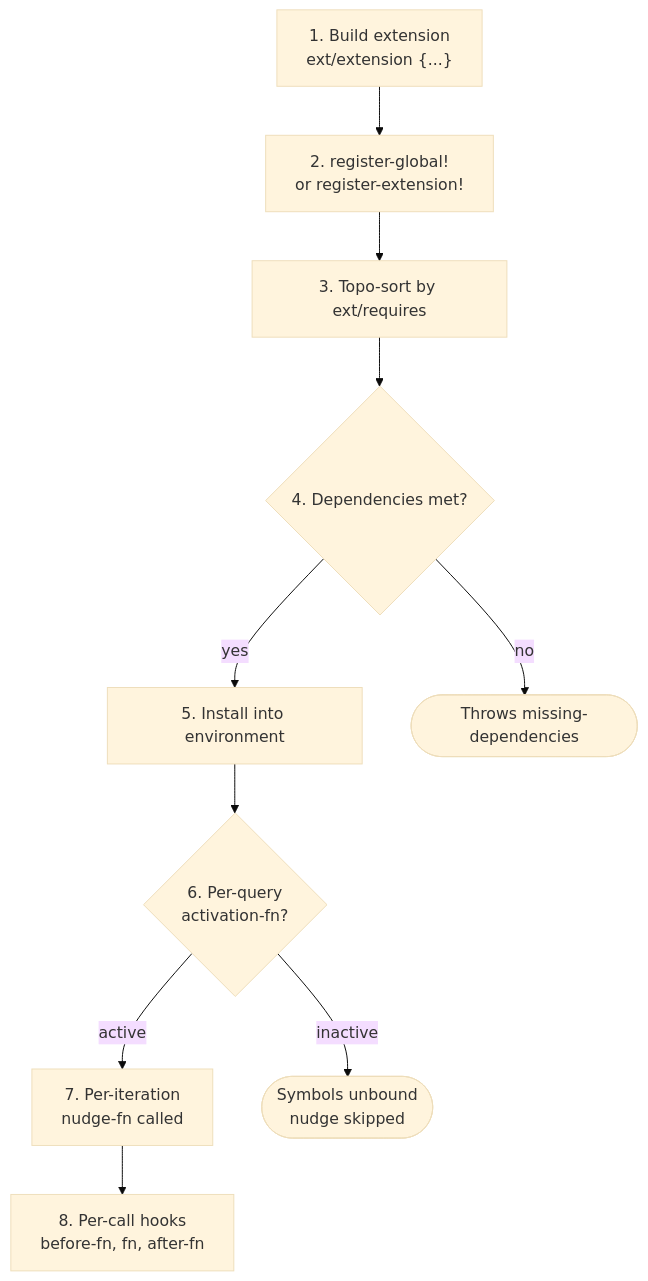
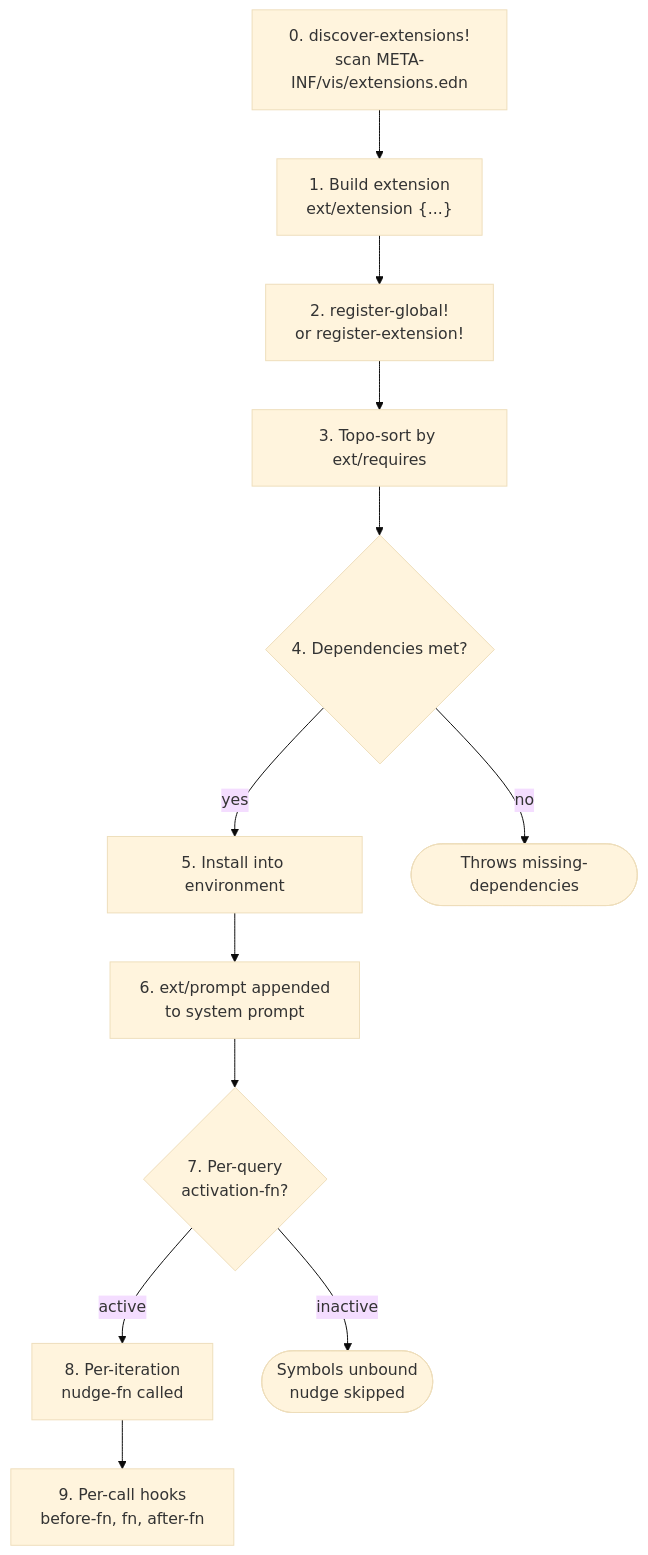
One commit to Blockether/vis changed the diagram in resources/docs/src/extensions/overview.md. Above: the diagram before and after it, drawn with Mermaid (base theme). The commit also changed other lines of this file and 19 other files, not shown here.

````diff
--- a/resources/docs/src/extensions/overview.md
+++ b/resources/docs/src/extensions/overview.md
@@ -66,14 +106,16 @@
 ```mermaid
 flowchart TD
+    Discover["0. discover-extensions!<br/>scan META-INF/vis/extensions.edn"] --> Build
     Build["1. Build extension<br/>ext/extension {...}"] --> Global
     Global["2. register-global!<br/>or register-extension!"] --> Topo
     Topo["3. Topo-sort by ext/requires"] --> Deps
     Deps{"4. Dependencies met?"}
     Deps -->|yes| Install["5. Install into environment"]
     Deps -->|no| Fail(["Throws missing-dependencies"])
-    Install --> Activate
-    Activate{"6. Per-query<br/>activation-fn?"}
-    Activate -->|active| Nudge["7. Per-iteration<br/>nudge-fn called"]
+    Install --> Prompt["6. ext/prompt appended<br/>to system prompt"]
+    Prompt --> Activate
+    Activate{"7. Per-query<br/>activation-fn?"}
+    Activate -->|active| Nudge["8. Per-iteration<br/>nudge-fn called"]
     Activate -->|inactive| Skip(["Symbols unbound<br/>nudge skipped"])
-    Nudge --> Hooks["8. Per-call hooks<br/>before-fn, fn, after-fn"]
+    Nudge --> Hooks["9. Per-call hooks<br/>before-fn, fn, after-fn"]
 ```
````
